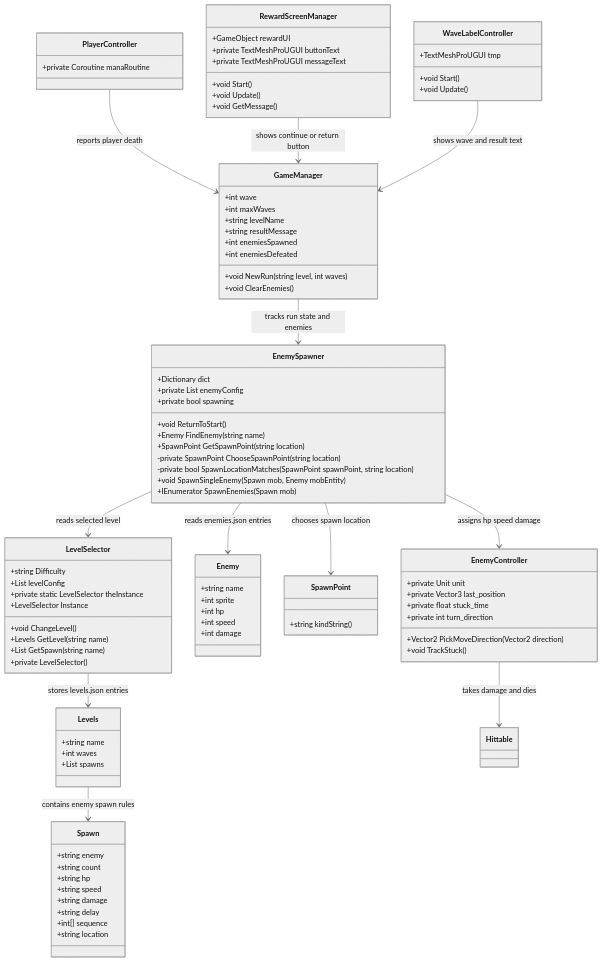
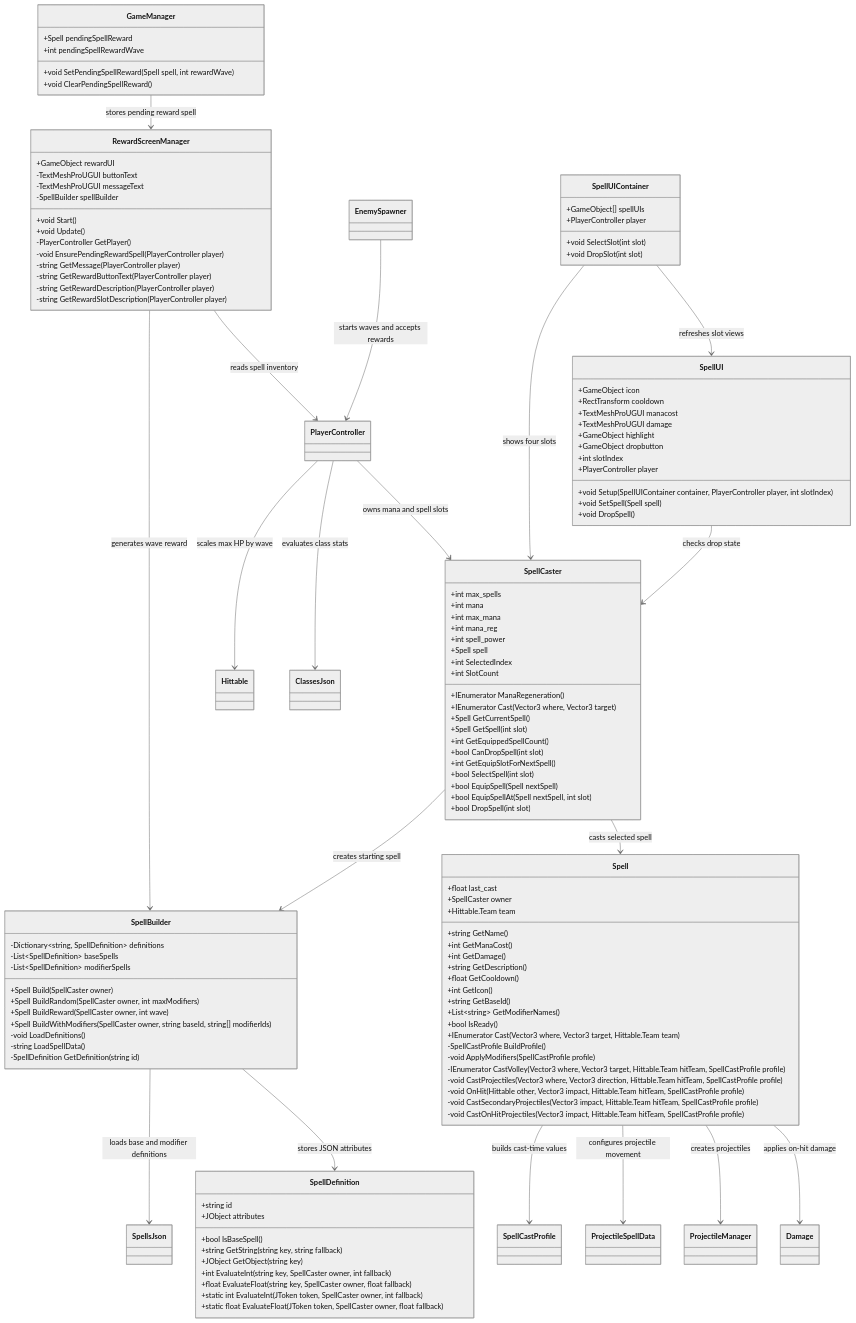
Before and after one commit to WoolenDoolen/Assignment-3: the diagram in report.md, drawn with Mermaid (neutral theme). The commit also changed other lines of this file and 3 other files, not shown here.

````diff
--- a/report.md
+++ b/report.md
@@ -5,107 +5,134 @@
 ```mermaid
 classDiagram
-    GameManager --> EnemySpawner : tracks run state and enemies
-    EnemySpawner --> LevelSelector : reads selected level
-    LevelSelector --> Levels : stores levels.json entries
-    Levels --> Spawn : contains enemy spawn rules
-    EnemySpawner --> Enemy : reads enemies.json entries
-    EnemySpawner --> SpawnPoint : chooses spawn location
-    EnemySpawner --> EnemyController : assigns hp speed damage
-    EnemyController --> Hittable : takes damage and dies
-    PlayerController --> GameManager : reports player death
-    RewardScreenManager --> GameManager : shows continue or return button
-    WaveLabelController --> GameManager : shows wave and result text
+    GameManager --> RewardScreenManager : stores pending reward spell
+    RewardScreenManager --> SpellBuilder : generates wave reward
+    RewardScreenManager --> PlayerController : reads spell inventory
+    EnemySpawner --> PlayerController : starts waves and accepts rewards
+    PlayerController --> SpellCaster : owns mana and spell slots
+    PlayerController --> Hittable : scales max HP by wave
+    PlayerController --> ClassesJson : evaluates class stats
+    SpellCaster --> Spell : casts selected spell
+    SpellCaster --> SpellBuilder : creates starting spell
+    SpellUIContainer --> SpellCaster : shows four slots
+    SpellUIContainer --> SpellUI : refreshes slot views
+    SpellUI --> SpellCaster : checks drop state
+    SpellBuilder --> SpellsJson : loads base and modifier definitions
+    SpellBuilder --> SpellDefinition : stores JSON attributes
+    Spell --> SpellCastProfile : builds cast-time values
+    Spell --> ProjectileSpellData : configures projectile movement
+    Spell --> ProjectileManager : creates projectiles
+    Spell --> Damage : applies on-hit damage
 
     class GameManager {
-        +int wave
-        +int maxWaves
-        +string levelName
-        +string resultMessage
-        +int enemiesSpawned
-        +int enemiesDefeated
-        +void NewRun(string level, int waves)
-        +void ClearEnemies()
+        +Spell pendingSpellReward
+        +int pendingSpellRewardWave
+        +void SetPendingSpellReward(Spell spell, int rewardWave)
+        +void ClearPendingSpellReward()
     }
 
     class RewardScreenManager {
         +GameObject rewardUI
-        +private TextMeshProUGUI buttonText
-        +private TextMeshProUGUI messageText
+        -TextMeshProUGUI buttonText
+        -TextMeshProUGUI messageText
+        -SpellBuilder spellBuilder
         +void Start()
         +void Update()
-        +void GetMessage()
+        -PlayerController GetPlayer()
+        -void EnsurePendingRewardSpell(PlayerController player)
+        -string GetMessage(PlayerController player)
+        -string GetRewardButtonText(PlayerController player)
+        -string GetRewardDescription(PlayerController player)
+        -string GetRewardSlotDescription(PlayerController player)
     }
 
-    class WaveLabelController {
-        +TextMeshProUGUI tmp
-        +void Start()
-        +void Update()
+    class SpellCaster {
+        +int max_spells
+        +int mana
+        +int max_mana
+        +int mana_reg
+        +int spell_power
+        +Spell spell
+        +int SelectedIndex
+        +int SlotCount
+        +IEnumerator ManaRegeneration()
+        +IEnumerator Cast(Vector3 where, Vector3 target)
+        +Spell GetCurrentSpell()
+        +Spell GetSpell(int slot)
+        +int GetEquippedSpellCount()
+        +bool CanDropSpell(int slot)
+        +int GetEquipSlotForNextSpell()
+        +bool SelectSpell(int slot)
+        +bool EquipSpell(Spell nextSpell)
+        +bool EquipSpellAt(Spell nextSpell, int slot)
+        +bool DropSpell(int slot)
     }
 
-    class PlayerController {
-        +private Coroutine manaRoutine
+    class SpellBuilder {
+        -Dictionary~string, SpellDefinition~ definitions
+        -List~SpellDefinition~ baseSpells
+        -List~SpellDefinition~ modifierSpells
+        +Spell Build(SpellCaster owner)
+        +Spell BuildRandom(SpellCaster owner, int maxModifiers)
+        +Spell BuildReward(SpellCaster owner, int wave)
+        +Spell BuildWithModifiers(SpellCaster owner, string baseId, string[] modifierIds)
+        -void LoadDefinitions()
+        -string LoadSpellData()
+        -SpellDefinition GetDefinition(string id)
     }
 
-    class EnemySpawner {
-        +Dictionary<string, int> dict
-        +private List<Enemy> enemyConfig
-        +private bool spawning
-        +void ReturnToStart()
-        +Enemy FindEnemy(string name)
-        +SpawnPoint GetSpawnPoint(string location)
-        -private SpawnPoint ChooseSpawnPoint(string location)
-        -private bool SpawnLocationMatches(SpawnPoint spawnPoint, string location)
-        +void SpawnSingleEnemy(Spawn mob, Enemy mobEntity)
-        +IEnumerator SpawnEnemies(Spawn mob)
+    class SpellDefinition {
+        +string id
+        +JObject attributes
+        +bool IsBaseSpell()
+        +string GetString(string key, string fallback)
+        +JObject GetObject(string key)
+        +int EvaluateInt(string key, SpellCaster owner, int fallback)
+        +float EvaluateFloat(string key, SpellCaster owner, float fallback)
+        +static int EvaluateInt(JToken token, SpellCaster owner, int fallback)
+        +static float EvaluateFloat(JToken token, SpellCaster owner, float fallback)
     }
 
-    class Enemy {
-        +string name
-        +int sprite
-        +int hp
-        +int speed
-        +int damage
+    class Spell {
+        +float last_cast
+        +SpellCaster owner
+        +Hittable.Team team
+        +string GetName()
+        +int GetManaCost()
+        +int GetDamage()
+        +string GetDescription()
+        +float GetCooldown()
+        +int GetIcon()
+        +string GetBaseId()
+        +List~string~ GetModifierNames()
+        +bool IsReady()
+        +IEnumerator Cast(Vector3 where, Vector3 target, Hittable.Team team)
+        -SpellCastProfile BuildProfile()
+        -void ApplyModifiers(SpellCastProfile profile)
+        -IEnumerator CastVolley(Vector3 where, Vector3 target, Hittable.Team hitTeam, SpellCastProfile profile)
+        -void CastProjectiles(Vector3 where, Vector3 direction, Hittable.Team hitTeam, SpellCastProfile profile)
+        -void OnHit(Hittable other, Vector3 impact, Hittable.Team hitTeam, SpellCastProfile profile)
+        -void CastSecondaryProjectiles(Vector3 impact, Hittable.Team hitTeam, SpellCastProfile profile)
+        -void CastOnHitProjectiles(Vector3 impact, Hittable.Team hitTeam, SpellCastProfile profile)
     }
 
-    class LevelSelector {
-        +string Difficulty
-        +List<Levels> levelConfig
-        +private static LevelSelector theInstance
-        +LevelSelector Instance
-        +void ChangeLevel()
-        +Levels GetLevel(string name)
-        +List<Spawn> GetSpawn(string name)
-        +private LevelSelector()
+    class SpellUIContainer {
+        +GameObject[] spellUIs
+        +PlayerController player
+        +void SelectSlot(int slot)
+        +void DropSlot(int slot)
     }
 
-    class Levels {
-        +string name
-        +int waves
-        +List<Spawn> spawns
+    class SpellUI {
+        +GameObject icon
+        +RectTransform cooldown
+        +TextMeshProUGUI manacost
+        +TextMeshProUGUI damage
+        +GameObject highlight
+        +GameObject dropbutton
+        +int slotIndex
+        +PlayerController player
+        +void Setup(SpellUIContainer container, PlayerController player, int slotIndex)
+        +void SetSpell(Spell spell)
+        +void DropSpell()
     }
-
-    class Spawn {
-        +string enemy
-        +string count
-        +string hp
-        +string speed
-        +string damage
-        +string delay
-        +int[] sequence
-        +string location
-    }
-
-    class SpawnPoint {
-        +string kindString()
-    }
-
-    class EnemyController {
-        +private Unit unit
-        +private Vector3 last_position
-        +private float stuck_time
-        +private int turn_direction
-        +Vector2 PickMoveDirection(Vector2 direction)
-        +void TrackStuck()
-    }
-
 ```
````
